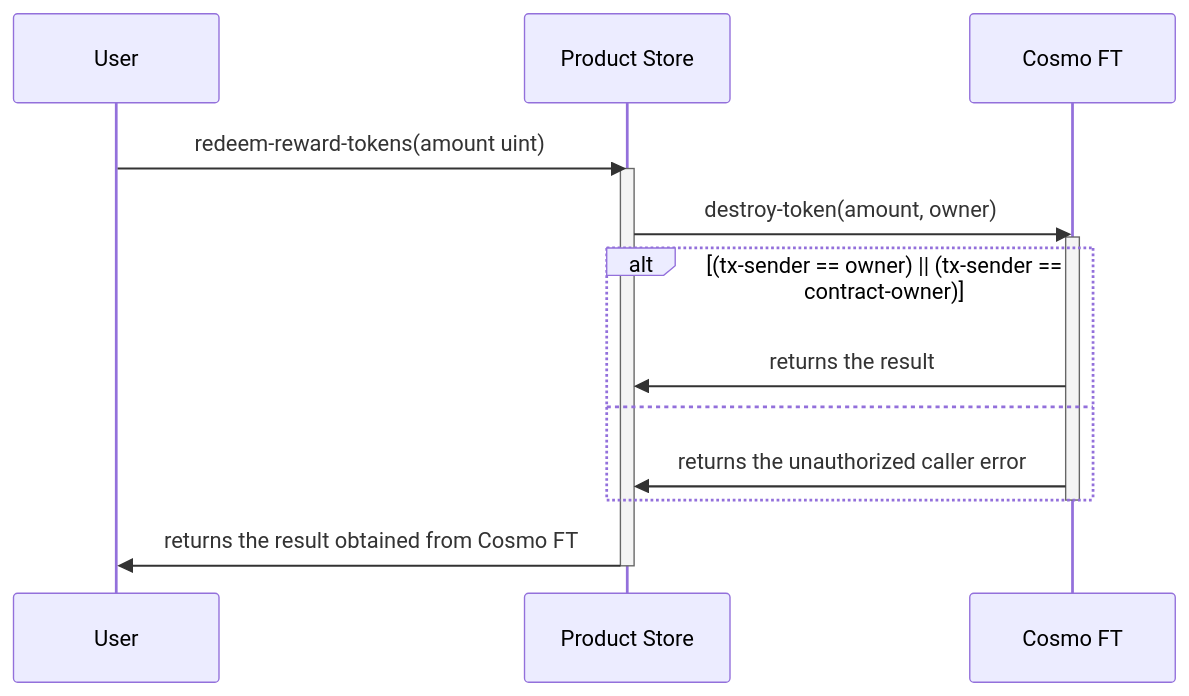
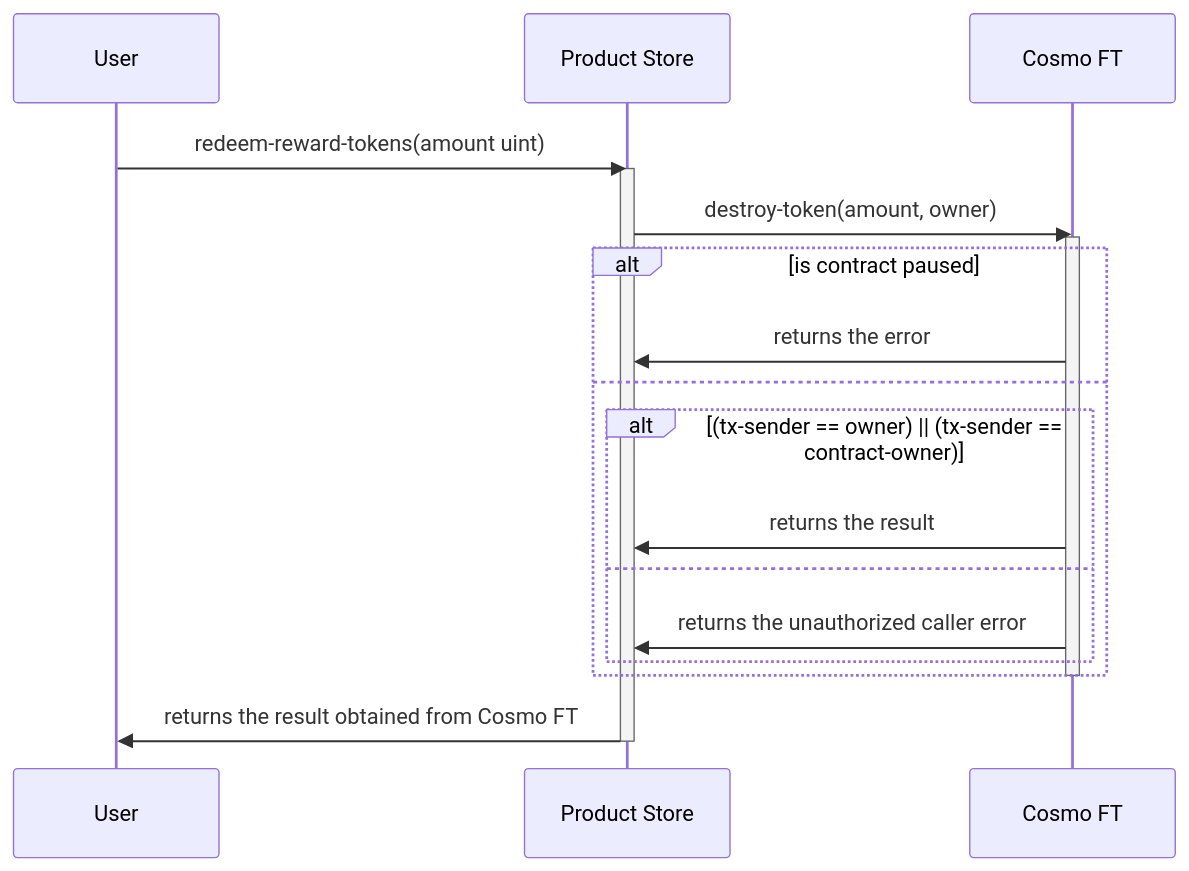
The diagram in 003-ft/clarinet-projects/minahil-imtiaz/diagrams/redeem-reward-token.mmd (tintash/clarity-projects), drawn with Mermaid before and after one commit. The commit also changed 6 other files, not shown here.

Commit message:
Add updated diagrams

```diff
--- a/003-ft/clarinet-projects/minahil-imtiaz/diagrams/redeem-reward-token.mmd
+++ b/003-ft/clarinet-projects/minahil-imtiaz/diagrams/redeem-reward-token.mmd
@@ -1,17 +1,21 @@
 sequenceDiagram
   participant User 
   participant Product Store 
   participant Cosmo FT
 
   User ->> Product Store: redeem-reward-tokens(amount uint)
   activate  Product Store
   Product Store ->> Cosmo FT: destroy-token(amount, owner)
   activate Cosmo FT
-  alt (tx-sender == owner) || (tx-sender == contract-owner)
-  Cosmo FT ->> Product Store: returns the result
+  alt is contract paused
+  Cosmo FT ->> Product Store: returns the error
   else
-  Cosmo FT ->> Product Store: returns the unauthorized caller error
+   alt (tx-sender == owner) || (tx-sender == contract-owner)
+   Cosmo FT ->> Product Store: returns the result
+   else
+   Cosmo FT ->> Product Store: returns the unauthorized caller error
+   end
   end
   deactivate Cosmo FT
   Product Store ->> User: returns the result obtained from Cosmo FT
   deactivate Product Store
```
